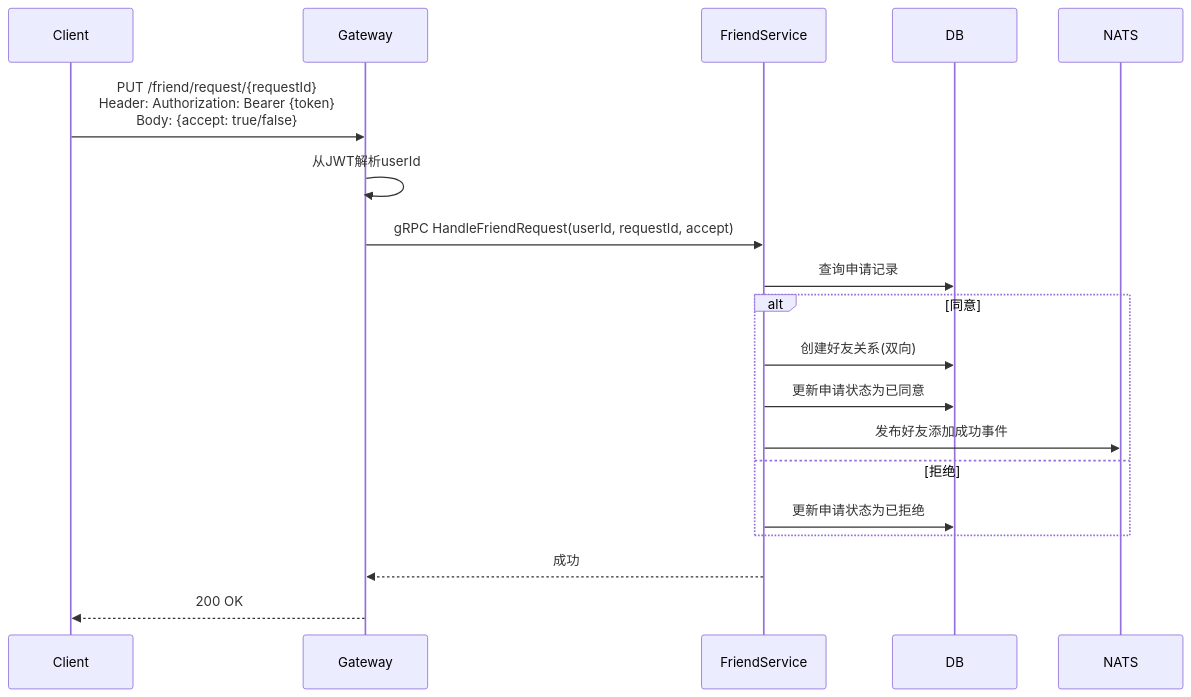
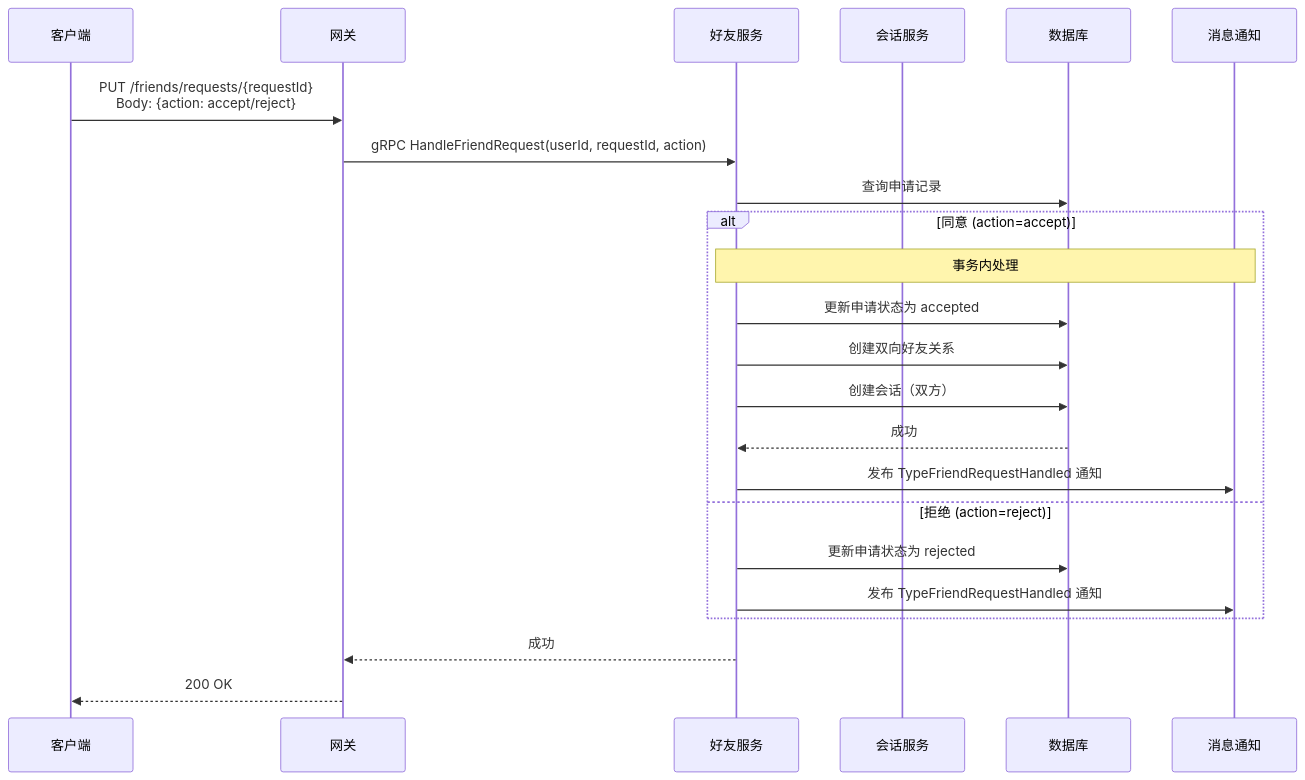
Before and after one commit to yzhgit/anychat-server: the second of 3 diagrams in docs/design/friend/request.md, drawn with Mermaid. The commit also changed other lines of this file and 4 other files, not shown here.

First line of the commit message:
feat(friend): support auto-accept friend request when verification disabled

````diff
--- a/docs/design/friend/request.md
+++ b/docs/design/friend/request.md
@@ -65,22 +139,29 @@
 ```mermaid
 sequenceDiagram
-    participant Client
-    participant Gateway
-    participant FriendService
-    participant DB
-    participant NATS
+    participant Client as 客户端
+    participant Gateway as 网关
+    participant FriendService as 好友服务
+    participant SessionService as 会话服务
+    participant DB as 数据库
+    participant NATS as 消息通知
 
-    Client->>Gateway: PUT /friend/request/{requestId}<br/>Header: Authorization: Bearer {token}<br/>Body: {accept: true/false}
-    Gateway->>Gateway: 从JWT解析userId
-    Gateway->>FriendService: gRPC HandleFriendRequest(userId, requestId, accept)
+    Client->>Gateway: PUT /friends/requests/{requestId}<br/>Body: {action: accept/reject}
+    Gateway->>FriendService: gRPC HandleFriendRequest(userId, requestId, action)
+
     FriendService->>DB: 查询申请记录
-    alt 同意
-        FriendService->>DB: 创建好友关系(双向)
-        FriendService->>DB: 更新申请状态为已同意
-        FriendService->>NATS: 发布好友添加成功事件
-    else 拒绝
-        FriendService->>DB: 更新申请状态为已拒绝
+    alt 同意 (action=accept)
+        Note over FriendService,NATS: 事务内处理
+        FriendService->>DB: 更新申请状态为 accepted
+        FriendService->>DB: 创建双向好友关系
+        FriendService->>DB: 创建会话（双方）
+        DB-->>FriendService: 成功
+
+        FriendService->>NATS: 发布 TypeFriendRequestHandled 通知
+    else 拒绝 (action=reject)
+        FriendService->>DB: 更新申请状态为 rejected
+        FriendService->>NATS: 发布 TypeFriendRequestHandled 通知
     end
+
     FriendService-->>Gateway: 成功
     Gateway-->>Client: 200 OK
 ```
````
